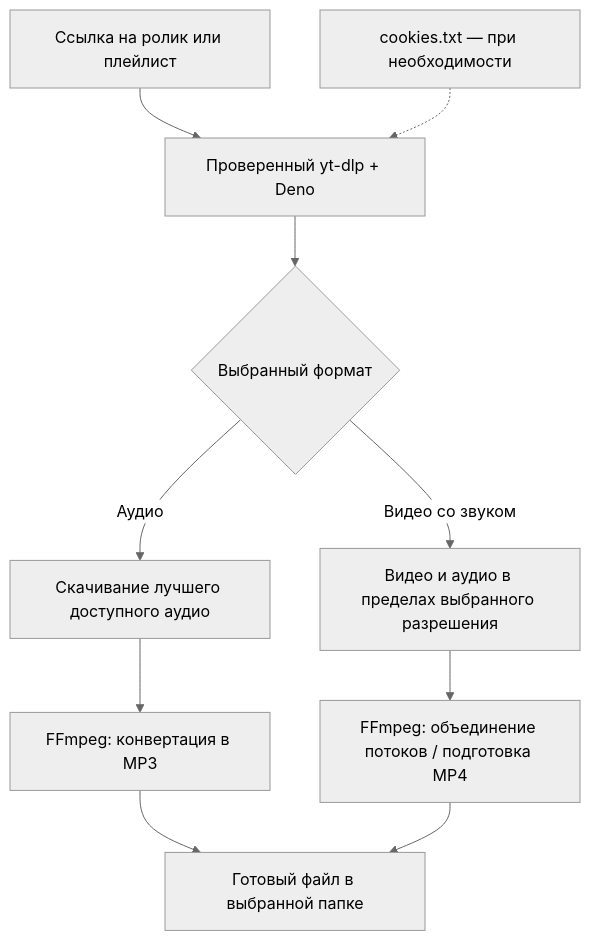
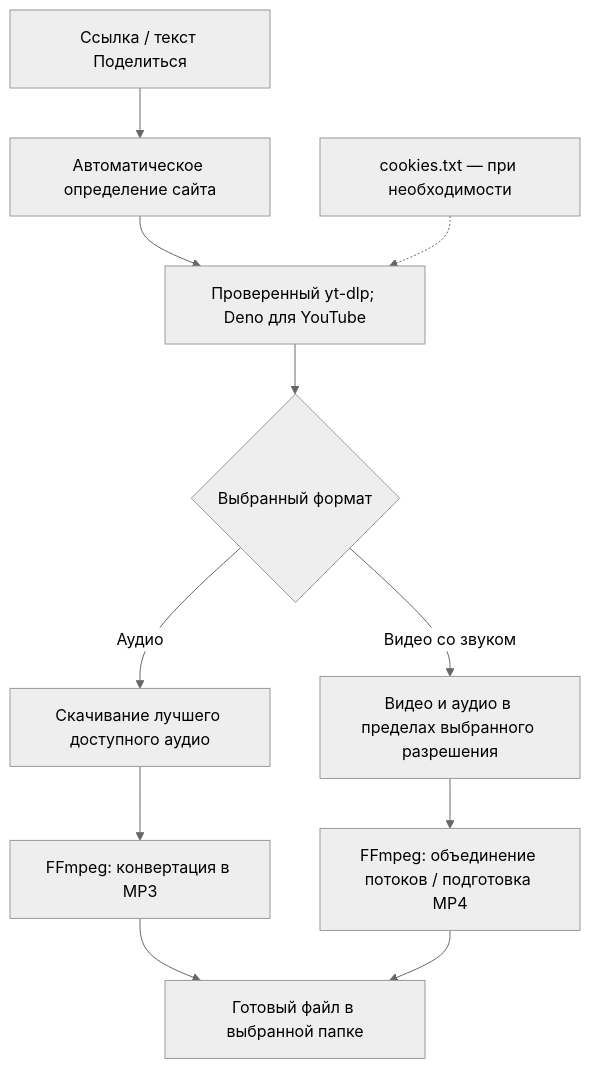
Before and after one commit to dumuzeyn/OneCorsair: the first of 2 diagrams in README.md, drawn with Mermaid (neutral theme). The commit also changed other lines of this file and 11 other files, not shown here.

````diff
--- a/README.md
+++ b/README.md
@@ -59,12 +70,13 @@
 ```mermaid
 flowchart TD
-    links["Ссылка на ролик или плейлист"] --> engine["Проверенный yt-dlp + Deno"]
+    links["Ссылка / текст Поделиться"] --> source["Автоматическое определение сайта"]
+    source --> engine["Проверенный yt-dlp; Deno для YouTube"]
     cookies["cookies.txt — при необходимости"] -.-> engine
     engine --> mode{"Выбранный формат"}
     mode -->|"Аудио"| audio["Скачивание лучшего доступного аудио"]
     audio --> convert["FFmpeg: конвертация в MP3"]
     mode -->|"Видео со звуком"| video["Видео и аудио в пределах выбранного разрешения"]
     video --> merge["FFmpeg: объединение потоков / подготовка MP4"]
     convert --> folder["Готовый файл в выбранной папке"]
     merge --> folder
 ```
````
